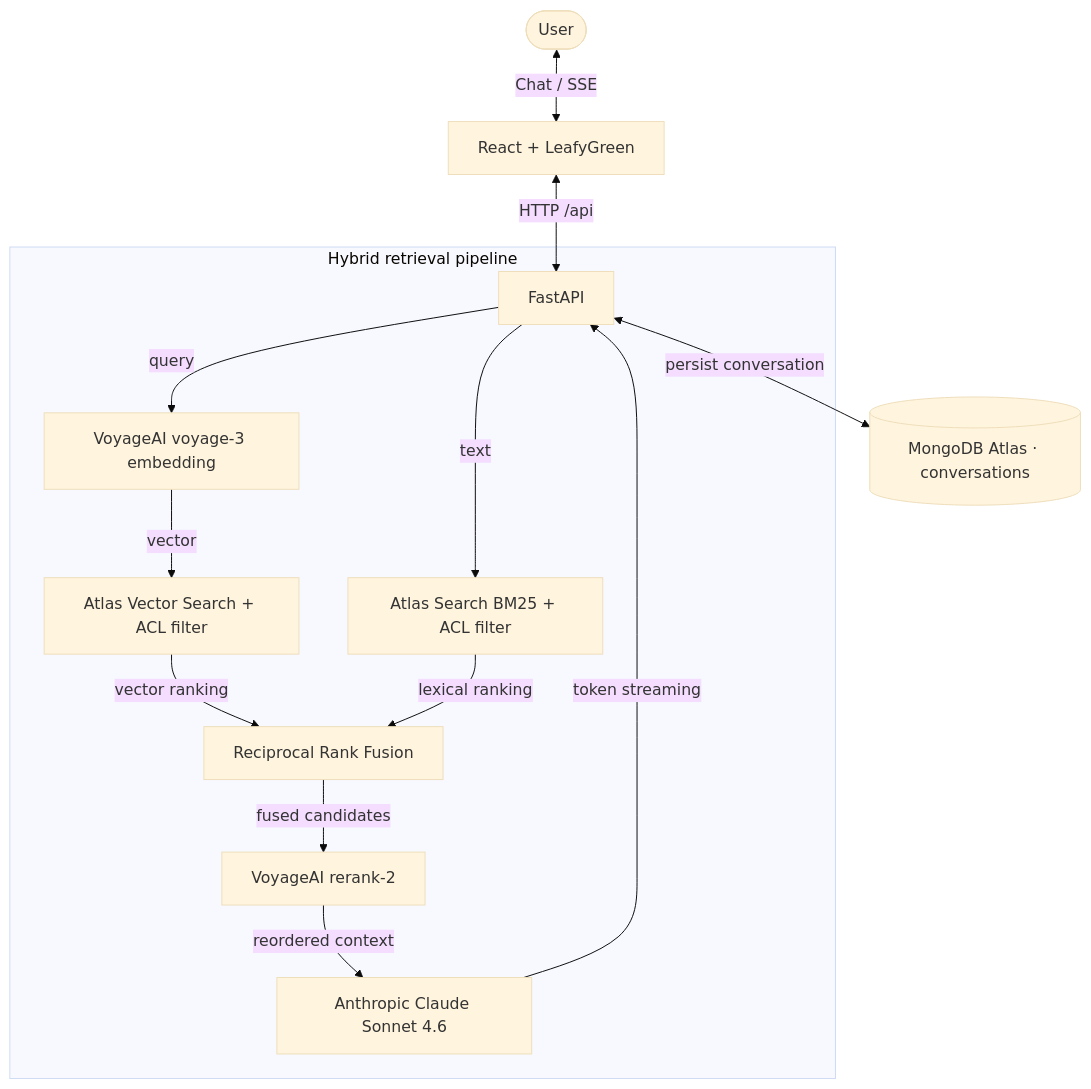
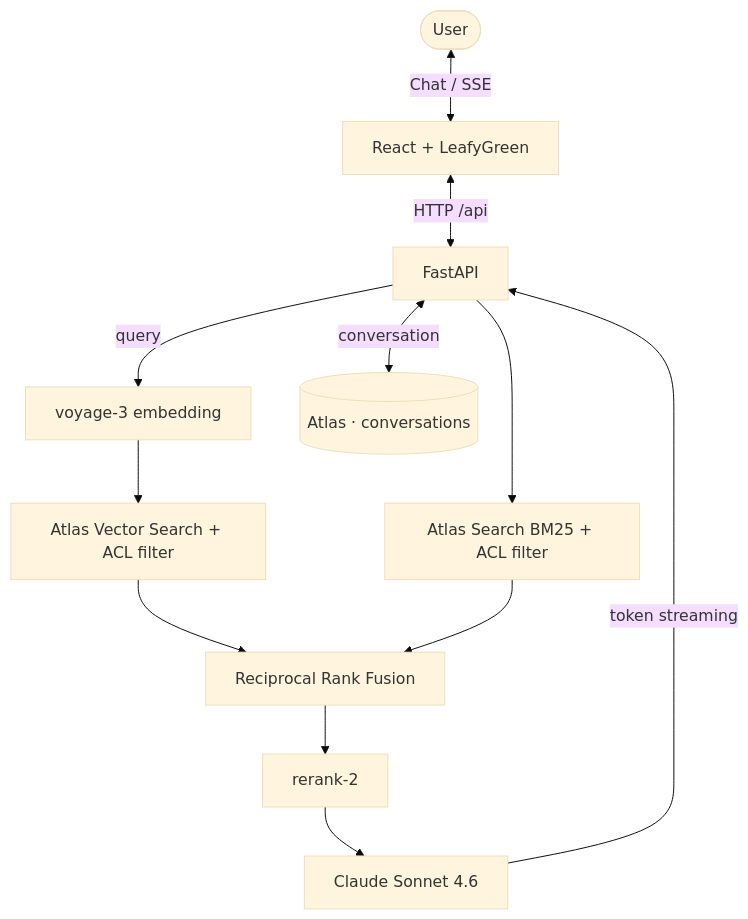
The diagram in README.md (adrianofratelli-glitch/MongoDB-RAG), drawn with Mermaid (base theme) before and after one commit. The commit also changed other lines of this file and 3 other files, not shown here.

````diff
--- a/README.md
+++ b/README.md
@@ -28,18 +27,14 @@
 ```mermaid
 graph TD
     User([User]) <-->|Chat / SSE| UI[React + LeafyGreen]
     UI <-->|HTTP /api| API[FastAPI]
-
-    subgraph Retrieval [Hybrid retrieval pipeline]
-        API -->|query| EMB[VoyageAI voyage-3 embedding]
-        EMB -->|vector| VS[Atlas Vector Search + ACL filter]
-        API -->|text| LX[Atlas Search BM25 + ACL filter]
-        VS -->|vector ranking| RRF[Reciprocal Rank Fusion]
-        LX -->|lexical ranking| RRF
-        RRF -->|fused candidates| RNK[VoyageAI rerank-2]
-        RNK -->|reordered context| LLM[Anthropic Claude Sonnet 4.6]
-    end
-
+    API -->|query| EMB[voyage-3 embedding]
+    EMB --> VS[Atlas Vector Search + ACL filter]
+    API --> LX[Atlas Search BM25 + ACL filter]
+    VS --> RRF[Reciprocal Rank Fusion]
+    LX --> RRF
+    RRF --> RNK[rerank-2]
+    RNK --> LLM[Claude Sonnet 4.6]
     LLM -->|token streaming| API
-    API <-->|persist conversation| MDB[(MongoDB Atlas · conversations)]
+    API <-->|conversation| MDB[(Atlas · conversations)]
 ```
````
